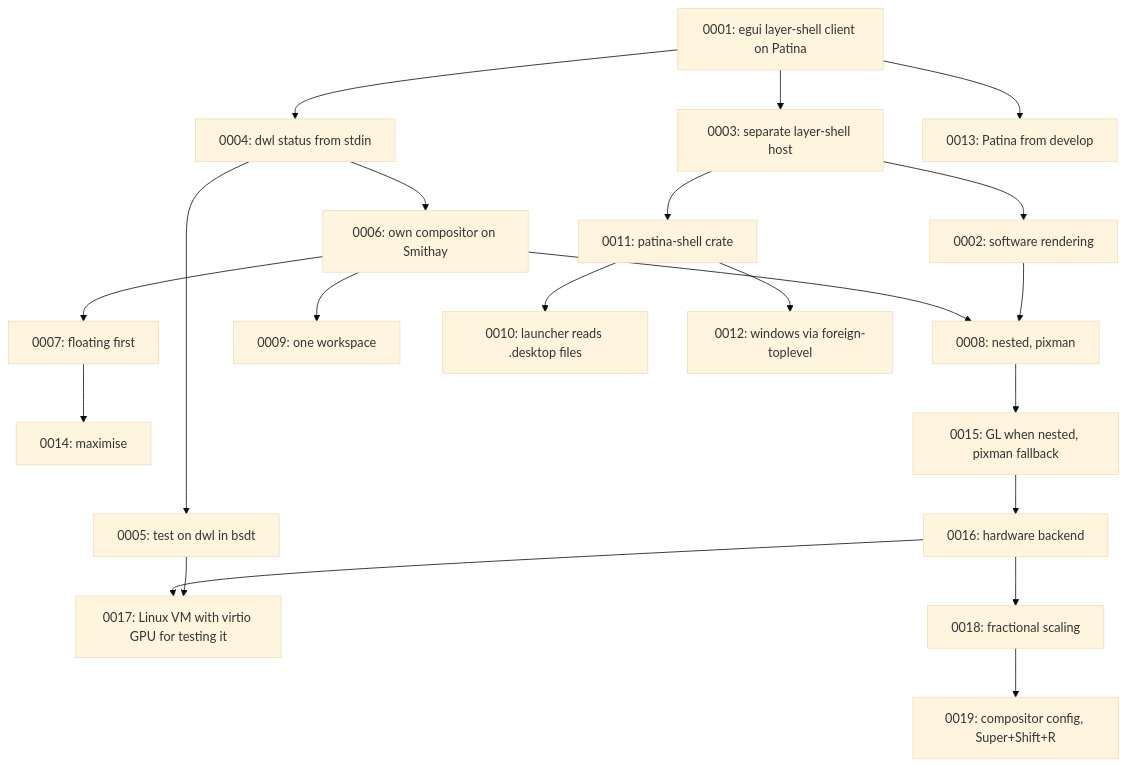
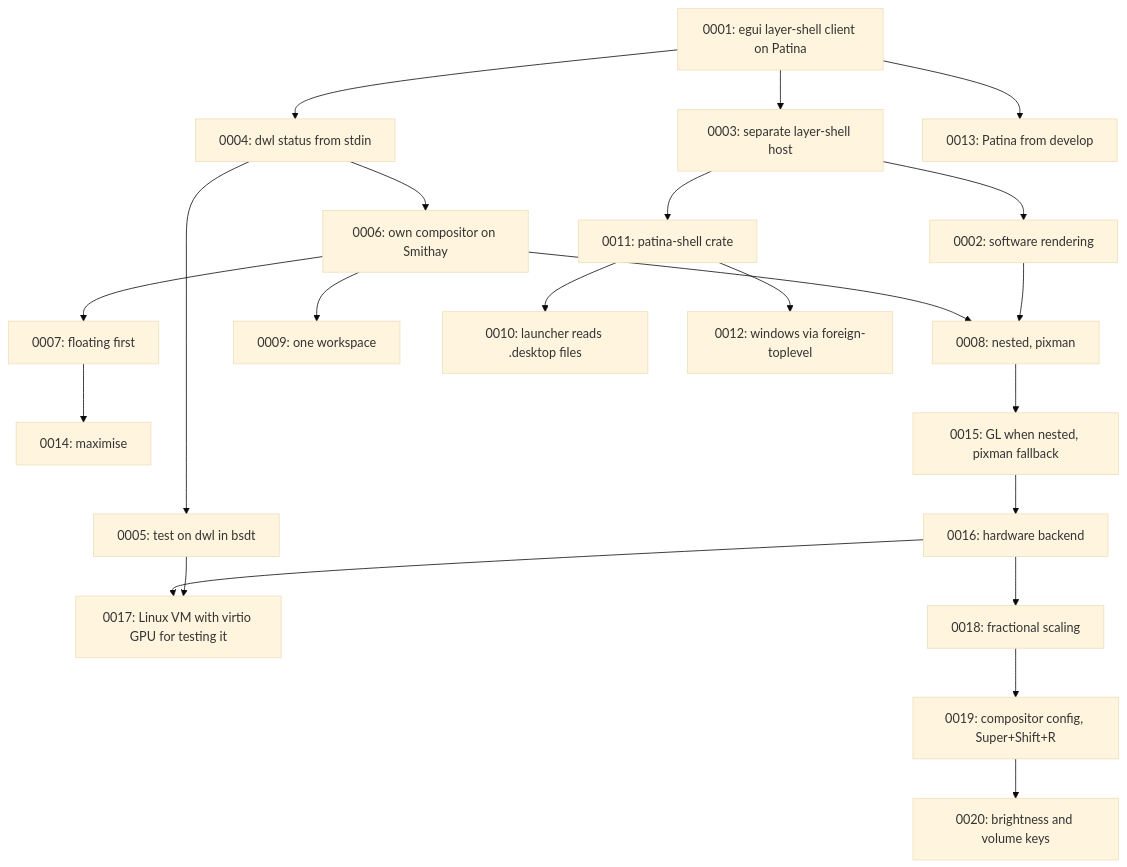
One commit to Sector-F-Labs/patina-desktop changed the diagram in docs/adr/README.md. Above: the diagram before and after it, drawn with Mermaid (base theme). The commit also changed other lines of this file and 11 other files, not shown here.

First line of the commit message:
Brightness and volume keys

````diff
--- a/docs/adr/README.md
+++ b/docs/adr/README.md
@@ -67,23 +68,24 @@
 ```mermaid
 flowchart TD
     A[0001: egui layer-shell client on Patina] --> B[0003: separate layer-shell host]
     B --> C[0002: software rendering]
     A --> D[0004: dwl status from stdin]
     D --> E[0005: test on dwl in bsdt]
     D --> F[0006: own compositor on Smithay]
     F --> G[0007: floating first]
     G --> N[0014: maximise]
     F --> H[0008: nested, pixman]
     H --> O[0015: GL when nested, pixman fallback]
     O --> P[0016: hardware backend]
     P --> Q[0017: Linux VM with virtio GPU for testing it]
     P --> R[0018: fractional scaling]
     R --> S[0019: compositor config, Super+Shift+R]
+    S --> T[0020: brightness and volume keys]
     E --> Q
     C --> H
     F --> I[0009: one workspace]
     B --> K[0011: patina-shell crate]
     K --> J[0010: launcher reads .desktop files]
     K --> L[0012: windows via foreign-toplevel]
     A --> M[0013: Patina from develop]
 ```
````
